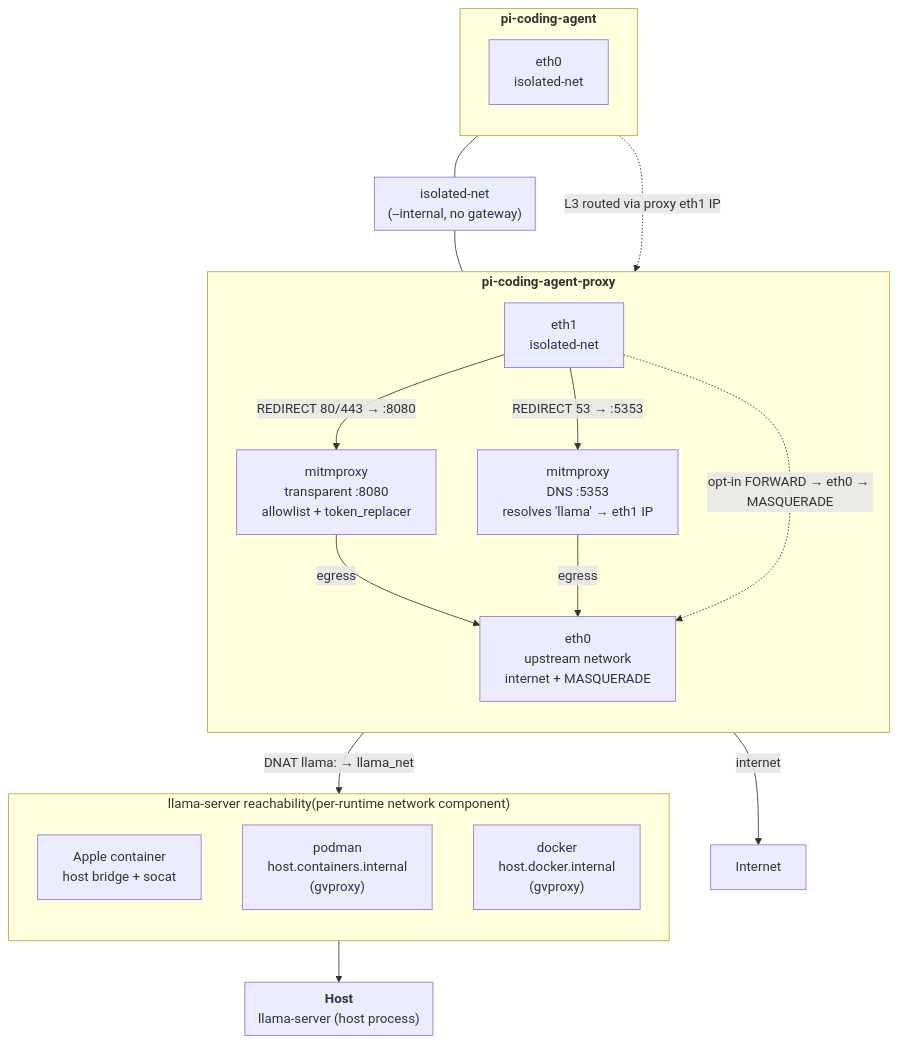
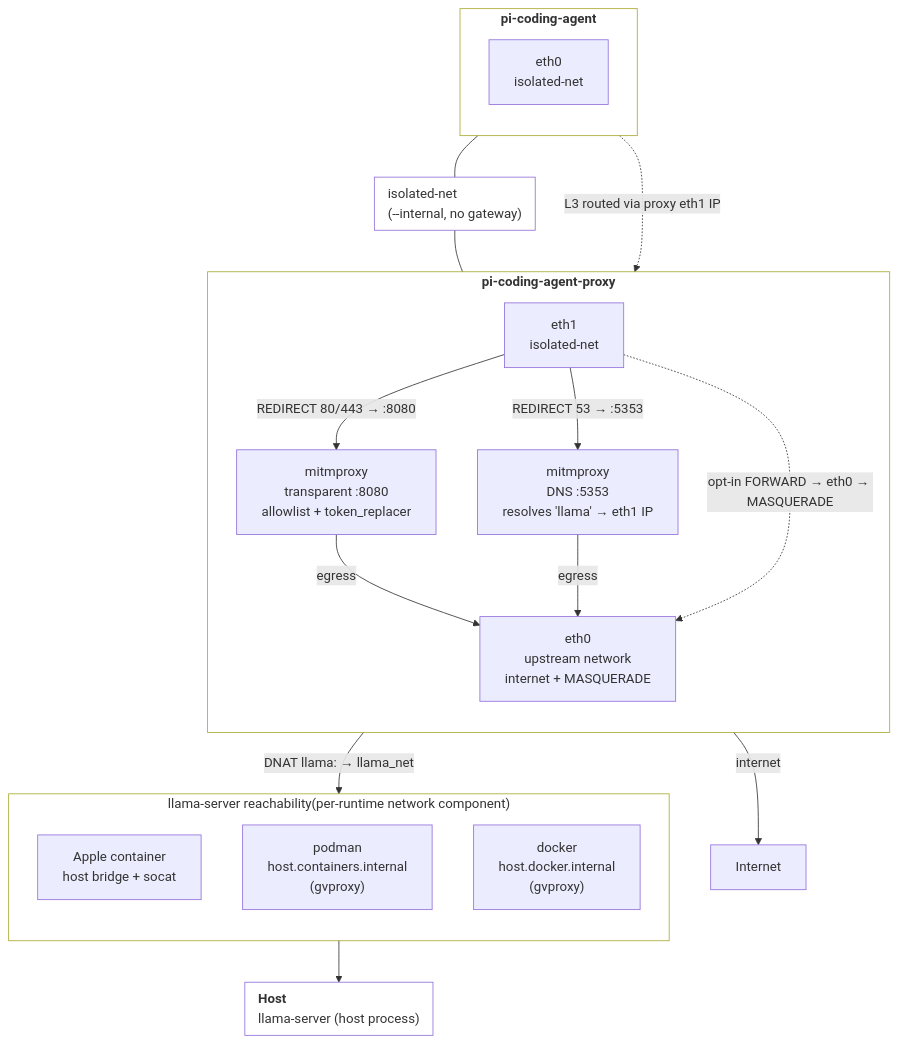
One commit to mikkovihonen/pi-container changed the diagram in README.md. Above: the diagram before and after it, drawn with Mermaid.

Commit message:
docs: make subgraph boxes transparent and left-aligned in architecture diagram

````diff
--- a/README.md
+++ b/README.md
@@ -59,46 +59,51 @@
 ```mermaid
 flowchart TB
     subgraph agent["<b>pi-coding-agent</b>"]
         direction TB
         agent_eth["eth0<br/>isolated-net"]
     end
+    style agent fill:none,text-align:left
 
     subgraph net["isolated-net<br/>(--internal, no gateway)"]
         direction TB
     end
+    style net fill:none,text-align:left
 
     subgraph proxy["<b>pi-coding-agent-proxy</b>"]
         direction TB
         eth1["eth1<br/>isolated-net"]
         mitm["mitmproxy<br/>transparent :8080<br/>allowlist + token_replacer"]
         dns["mitmproxy<br/>DNS :5353<br/>resolves 'llama' → eth1 IP"]
         eth0["eth0<br/>upstream network<br/>internet + MASQUERADE"]
     end
+    style proxy fill:none,text-align:left
 
     subgraph host["<b>Host</b><br/>llama-server (host process)"]
         direction TB
     end
+    style host fill:none,text-align:left
 
     %% L3 routing: agent → isolated-net → proxy eth1
     agent_eth -.->|L3 routed via proxy eth1 IP| eth1
     agent_eth --- net
     net --- eth1
 
     %% Proxy internal: L4 interception & forwarding
     eth1 -->|REDIRECT 80/443 → :8080| mitm
     eth1 -->|REDIRECT 53 → :5353| dns
     eth1 -->|DNAT llama:<cp> → llama_net| llama_net
     mitm -->|egress| eth0
     dns -->|egress| eth0
     eth1 -.->|opt-in FORWARD → eth0 → MASQUERADE| eth0
     eth0 -->|internet| Out["Internet"]
 
     subgraph llama_net["llama-server reachability(per-runtime network component)"]
         direction TB
         socat["Apple container<br/>host bridge + socat"]
         podman_net["podman<br/>host.containers.internal<br/>(gvproxy)"]
         docker_net["docker<br/>host.docker.internal<br/>(gvproxy)"]
     end
+    style llama_net fill:none,text-align:left
 
     llama_net --> host
 ```
````
